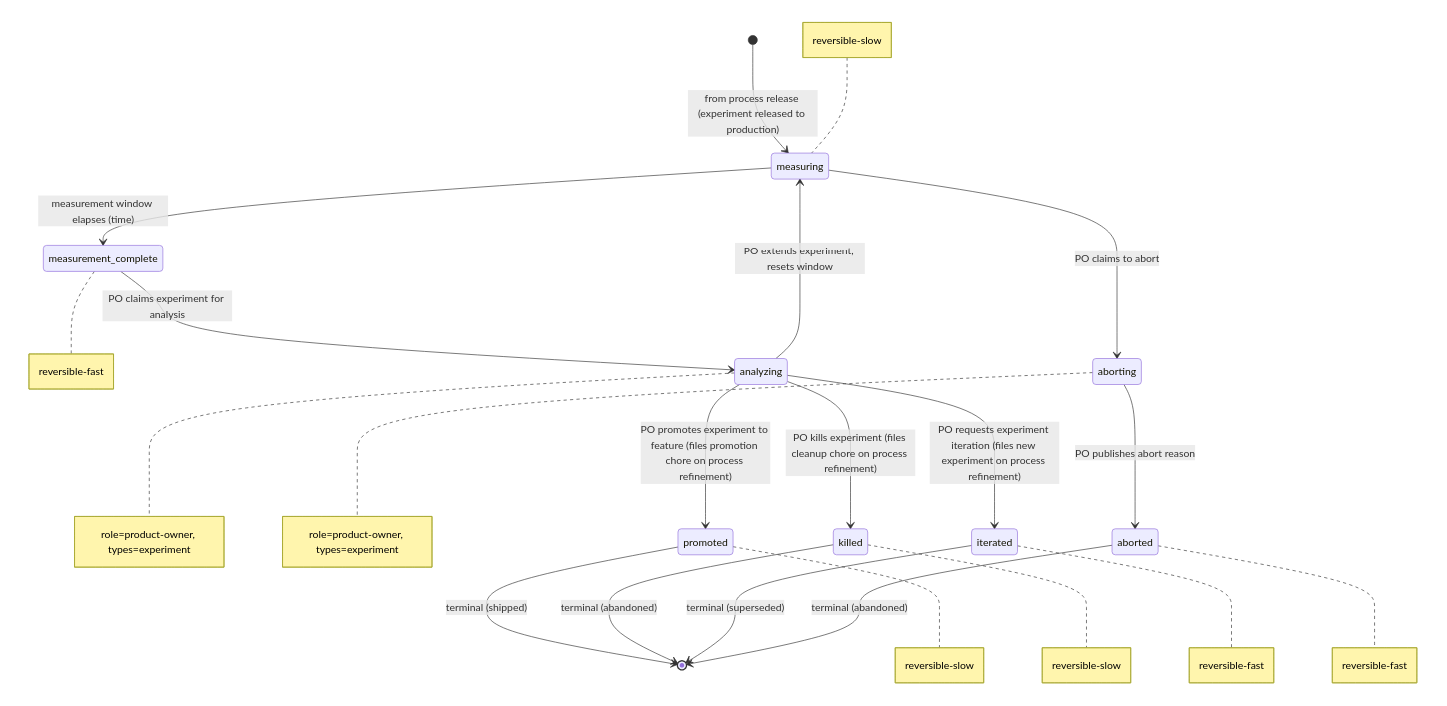
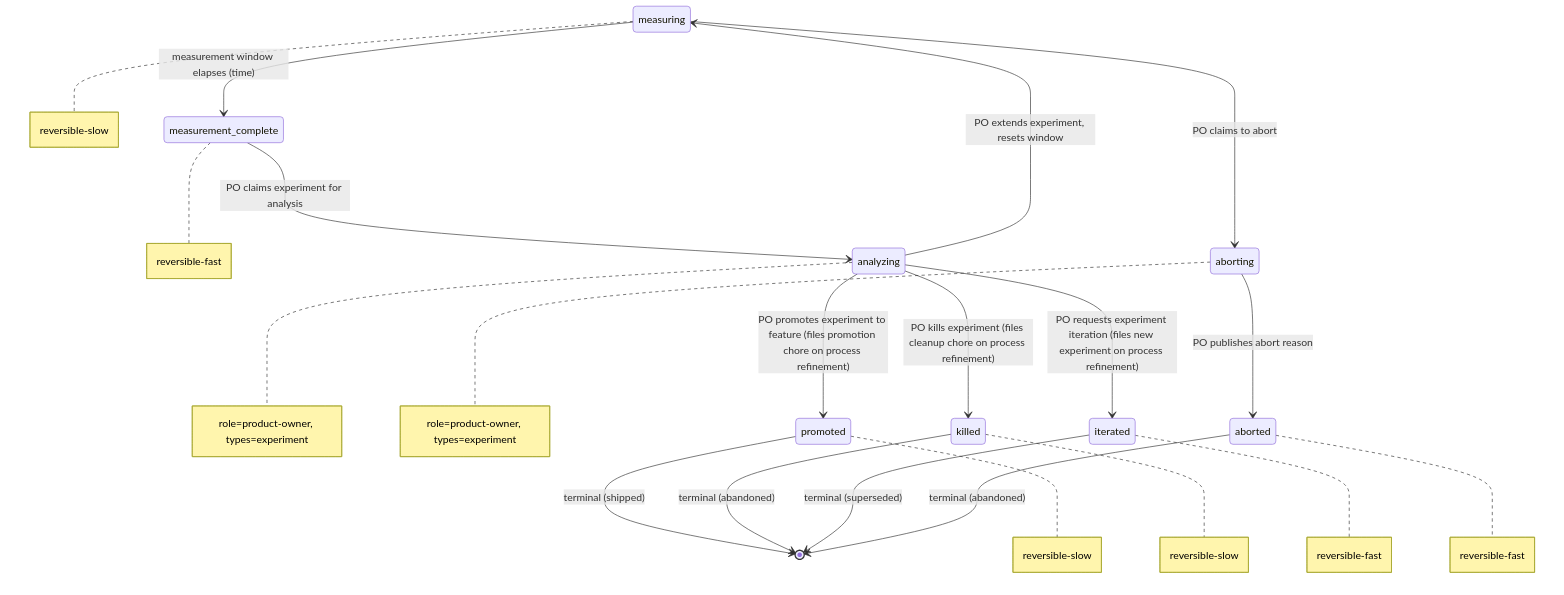
Before and after one commit to blemees/blemees-workflow: the diagram in examples/workflows/experimentation.md, drawn with Mermaid. The commit also changed other lines of this file and 47 other files, not shown here.

````diff
--- a/examples/workflows/experimentation.md
+++ b/examples/workflows/experimentation.md
@@ -11,29 +11,24 @@
 ```mermaid
 stateDiagram-v2
-    %% Cross-process interfaces:
-    %%   Entry (spawn ): measuring from process release
-    %%
-
-    [*] --> measuring: from process release (experiment released to production)
     measuring --> measurement_complete: measurement window elapses (time)
     measuring --> aborting: PO claims to abort
     aborting --> aborted: PO publishes abort reason
     measurement_complete --> analyzing: PO claims experiment for analysis
     analyzing --> measuring: PO extends experiment, resets window
     analyzing --> promoted: PO promotes experiment to feature (files promotion chore on process refinement)
     analyzing --> killed: PO kills experiment (files cleanup chore on process refinement)
     analyzing --> iterated: PO requests experiment iteration (files new experiment on process refinement)
     promoted --> [*]: terminal (shipped)
     killed --> [*]: terminal (abandoned)
     iterated --> [*]: terminal (superseded)
     aborted --> [*]: terminal (abandoned)
 
-    note left of measuring: reversible-slow
+    note right of measuring: reversible-slow
     note right of measurement_complete: reversible-fast
     note right of analyzing: role=product-owner, types=experiment
     note right of aborting: role=product-owner, types=experiment
     note right of promoted: reversible-slow
     note right of killed: reversible-slow
     note right of iterated: reversible-fast
     note right of aborted: reversible-fast
 ```
````
